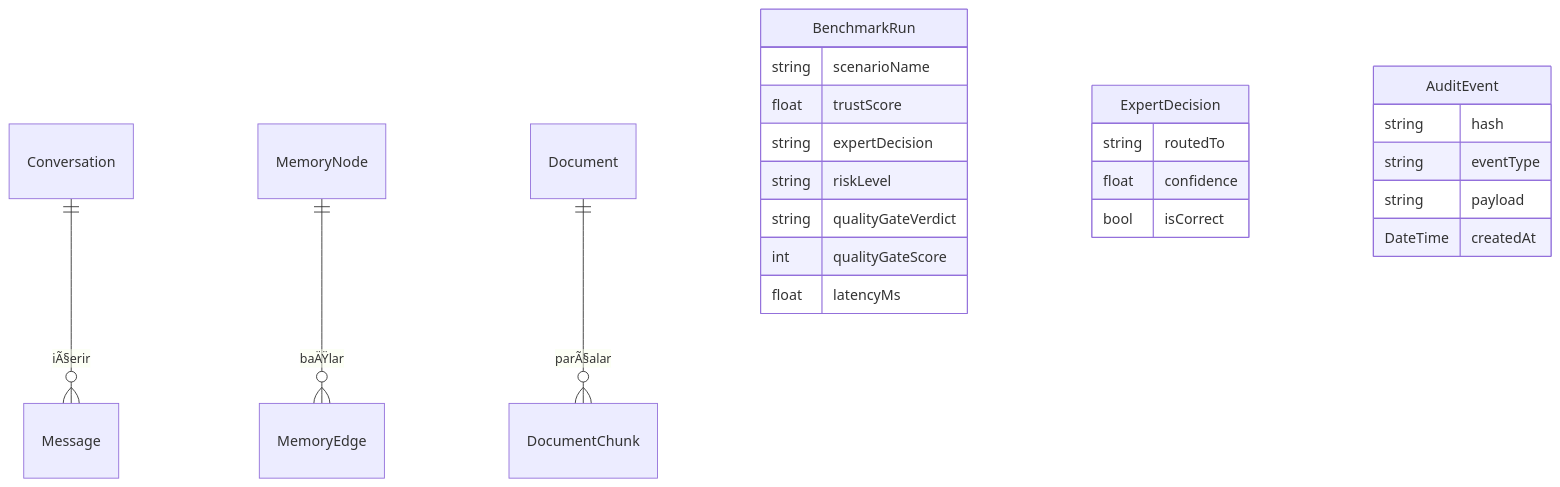
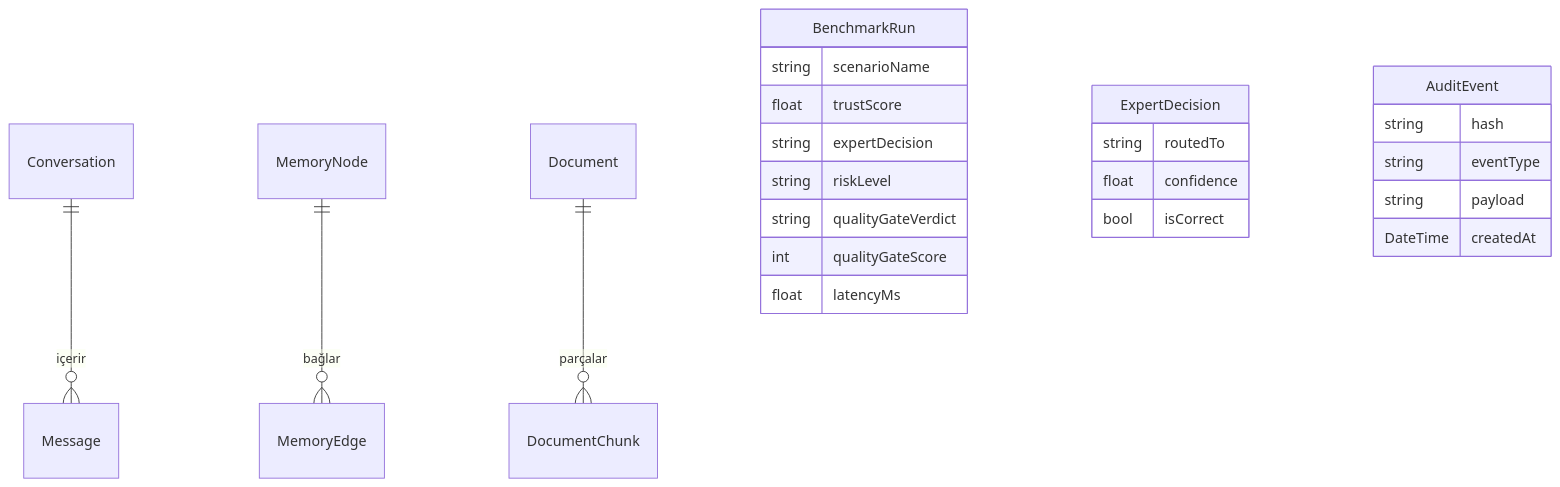
One commit to sakipfikrret/OmniEngine changed the second of 2 diagrams in WHITEPAPER.md. Above: the diagram before and after it, drawn with Mermaid. The commit also changed other lines of this file, not shown here.

````diff
--- a/WHITEPAPER.md
+++ b/WHITEPAPER.md
@@ -650,26 +650,26 @@
 ```mermaid
 erDiagram
-    Conversation ||--o{ Message : "iÃ§erir"
-    MemoryNode ||--o{ MemoryEdge : "baÄŸlar"
-    Document ||--o{ DocumentChunk : "parÃ§alar"
+    Conversation ||--o{ Message : "içerir"
+    MemoryNode ||--o{ MemoryEdge : "bağlar"
+    Document ||--o{ DocumentChunk : "parçalar"
     BenchmarkRun {
         string scenarioName
         float  trustScore
         string expertDecision
         string riskLevel
         string qualityGateVerdict
         int    qualityGateScore
         float  latencyMs
     }
     ExpertDecision {
         string routedTo
         float  confidence
         bool   isCorrect
     }
     AuditEvent {
         string hash
         string eventType
         string payload
         DateTime createdAt
     }
 ```
````
